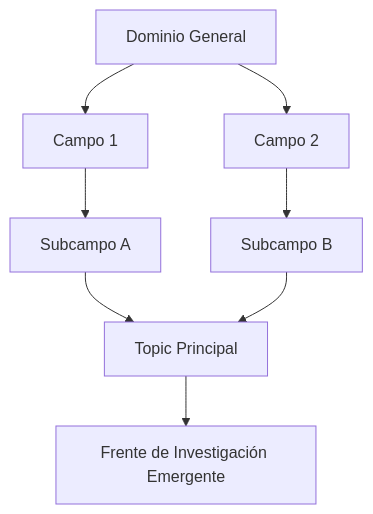
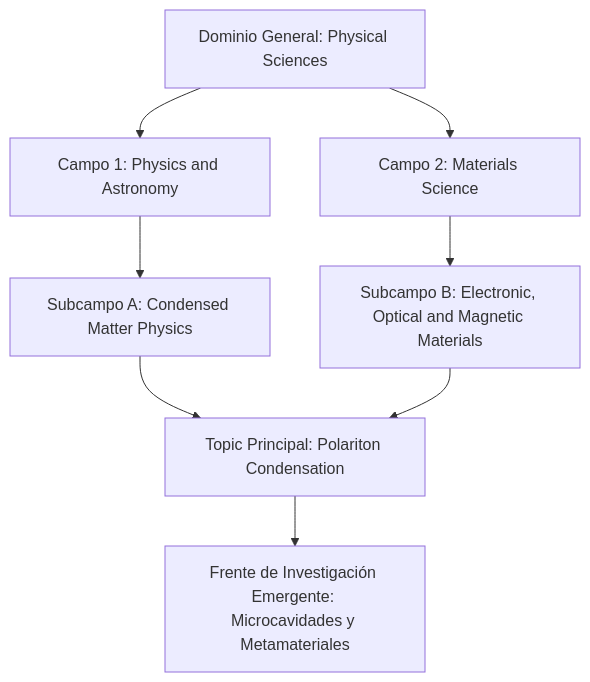
The diagram in .agents/skills/template-radar-frentes-investigacion/SKILL.md (chilti/sos-mcp-services), drawn with Mermaid before and after one commit. The commit also changed other lines of this file and 3 other files, not shown here.

````diff
--- a/.agents/skills/template-radar-frentes-investigacion/SKILL.md
+++ b/.agents/skills/template-radar-frentes-investigacion/SKILL.md
@@ -58,10 +76,10 @@
 ```mermaid
 graph TD
-    Domain[Dominio General] --> Field1[Campo 1]
-    Domain --> Field2[Campo 2]
-    Field1 --> Sub1[Subcampo A]
-    Field2 --> Sub2[Subcampo B]
-    Sub1 --> Top1[Topic Principal]
+    Domain[Dominio General: Physical Sciences] --> Field1[Campo 1: Physics and Astronomy]
+    Domain --> Field2[Campo 2: Materials Science]
+    Field1 --> Sub1[Subcampo A: Condensed Matter Physics]
+    Field2 --> Sub2[Subcampo B: Electronic, Optical and Magnetic Materials]
+    Sub1 --> Top1[Topic Principal: Polariton Condensation]
     Sub2 --> Top1
-    Top1 --> Front[Frente de Investigación Emergente]
+    Top1 --> Front[Frente de Investigación Emergente: Microcavidades y Metamateriales]
 ```
````
